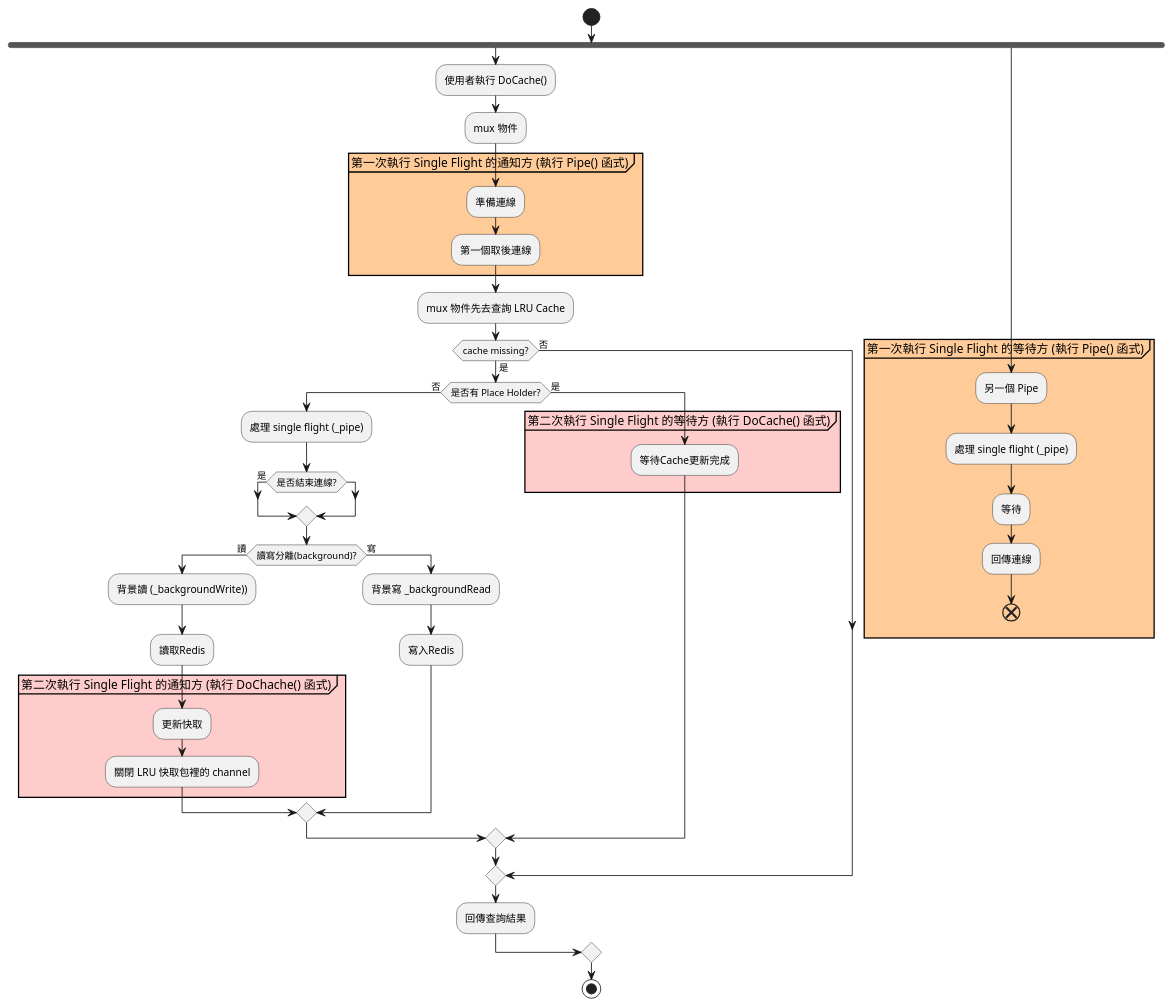
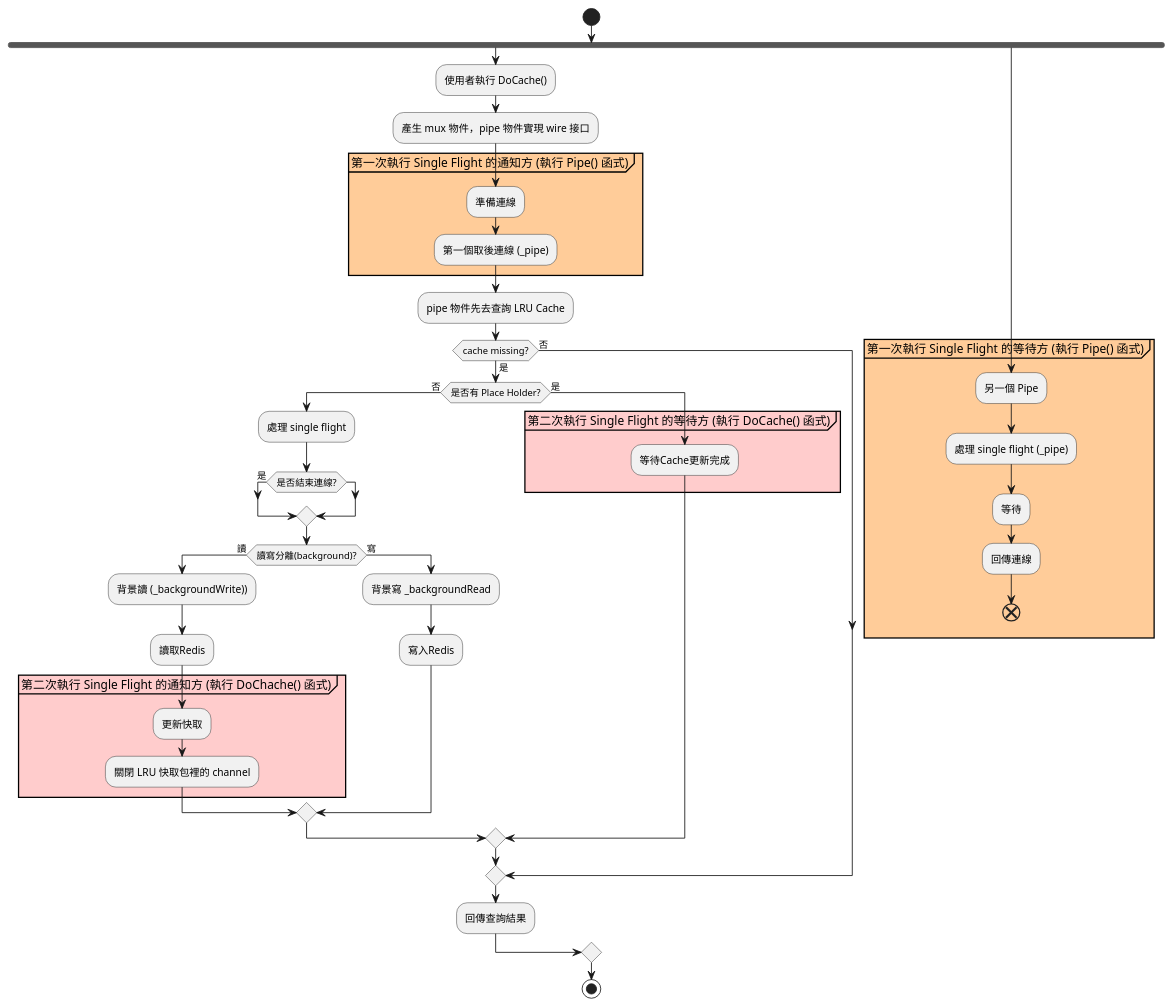
The diagram in 程式統一建模語言/singleFilght和LRU快取的活動圖.puml (shadowp5ev76zi6/rueidis-learning), drawn with PlantUML before and after one commit. The commit also changed 1 other file, not shown here.

```diff
--- a/程式統一建模語言/singleFilght和LRU快取的活動圖.puml
+++ b/程式統一建模語言/singleFilght和LRU快取的活動圖.puml
@@ -1,46 +1,46 @@
 @startuml
 
 start
 fork
   :使用者執行 DoCache();
-  :mux 物件;
+  :產生 mux 物件，pipe 物件實現 wire 接口;
 partition "第一次執行 Single Flight 的通知方 (執行 Pipe() 函式)" #FFCC99 {
   :準備連線;
-  :第一個取後連線;
+  :第一個取後連線 (_pipe);
 }
-  :mux 物件先去查詢 LRU Cache;
+  :pipe 物件先去查詢 LRU Cache;
 if (cache missing?) then (是)
 if (是否有 Place Holder?) then (否)
-:處理 single flight (_pipe);
+:處理 single flight;
 if (是否結束連線?) then (是)
 endif
 if (讀寫分離(background)?) then (讀)
   :背景讀 (_backgroundWrite));
   :讀取Redis;
 partition "第二次執行 Single Flight 的通知方 (執行 DoChache() 函式)" #FFCCCC {
   :更新快取;
   :關閉 LRU 快取包裡的 channel;
 }
 else (寫)
   :背景寫 _backgroundRead;
   :寫入Redis;
 endif
 else (是)
 partition "第二次執行 Single Flight 的等待方 (執行 DoCache() 函式)" #FFCCCC {
   :等待Cache更新完成;
 }
 endif
 else (否)
 endif
   :回傳查詢結果;
 fork again
 partition "第一次執行 Single Flight 的等待方 (執行 Pipe() 函式)" #FFCC99 {
   :另一個 Pipe;
   :處理 single flight (_pipe);
   :等待;
   :回傳連線;
   end
 }
 end merge
 stop
 @enduml
```
